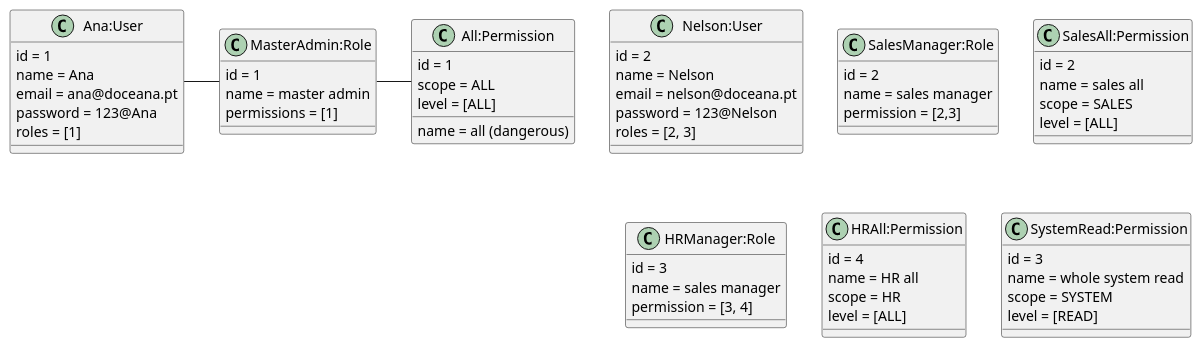
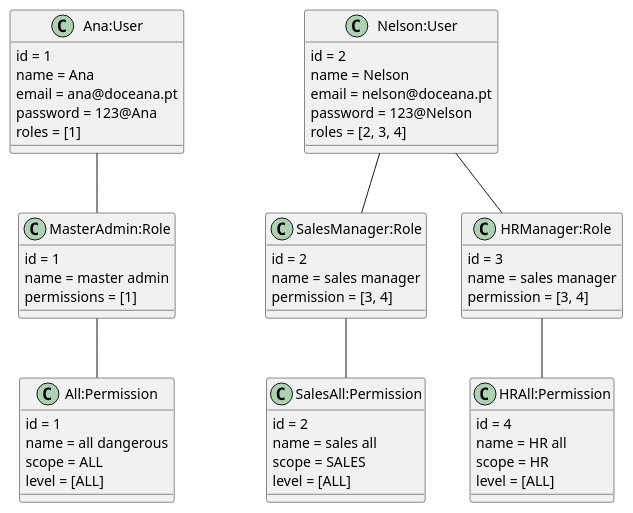
The diagram in Diagrams/2 - Classes/UserCreationInstance.puml (ines-erp/knowledgebase), drawn with PlantUML before and after one commit.

Commit message:
wip: Refactoring roles and permissions

```diff
--- a/Diagrams/2 - Classes/UserCreationInstance.puml
+++ b/Diagrams/2 - Classes/UserCreationInstance.puml
@@ -1,83 +1,92 @@
 @startuml
+
+'USERS
 
 class Ana:User {
     id = 1
     name = Ana
     email = ana@doceana.pt
     password = 123@Ana
     roles = [1]
 }
 
+class Nelson:User{
+    id = 2
+    name = Nelson
+    email = nelson@doceana.pt
+    password = 123@Nelson
+    roles = [2, 3, 4]
+}
+
+
+'END USERS
+
+'ROLES
+
+
+
 class MasterAdmin:Role{
     id = 1
     name = master admin
     permissions = [1]
 }
 
+class "SalesManager:Role"{
+    id = 2
+    name = sales manager
+    permission = [3, 4]
+}
+
+
+class HRManager:Role{
+    id = 3
+    name = sales manager
+    permission = [3, 4]
+}
+
+'END ROLES
+
+
+'PERMISSIONS
+
 class All:Permission{
     id = 1
-    name = all (dangerous)
+    name = all dangerous
     scope = ALL
     level = [ALL]
-}
-
-"Ana:User" - "MasterAdmin:Role"
-"MasterAdmin:Role" - "All:Permission"
-
-
-class Nelson:User{
-    id = 2
-    name = Nelson
-    email = nelson@doceana.pt
-    password = 123@Nelson
-    roles = [2, 3]
-}
-
-class SalesManager:Role{
-    id = 2
-    name = sales manager
-    permission = [2,3]
 }
 
 class SalesAll:Permission{
     id = 2
     name = sales all
     scope = SALES
     level = [ALL]
 }
 
-class HRManager:Role{
-    id = 3
-    name = sales manager
-    permission = [3, 4]
-}
 
 class HRAll:Permission{
     id = 4
     name = HR all
     scope = HR
     level = [ALL]
 }
 
-class SystemRead:Permission {
-    id = 3
-    name = whole system read
-    scope = SYSTEM
-    level = [READ]
-}
+'END PERMISSIONS
 
-'class SalesEmployee:Role{
-'    id =
-'    name = employee
-'    permissions = []
-'}
 
-'class HRManager:Role{
-'id = 3
-'name = HR manager
-'permission = []
-'}
-'
-'class All:Permission{
-'}
+'RELATIONS
+
+"Ana:User" -DOWN- "MasterAdmin:Role"
+"MasterAdmin:Role" -DOWN- "All:Permission"
+
+"Nelson:User" -DOWN- "HRManager:Role"
+"HRManager:Role" -DOWN- "HRAll:Permission"
+
+"Nelson:User" -DOWN- "SalesManager:Role"
+"SalesManager:Role" -DOWN- "SalesAll:Permission"
+
+
+
+'END RELATIONS
+
 @enduml
```
